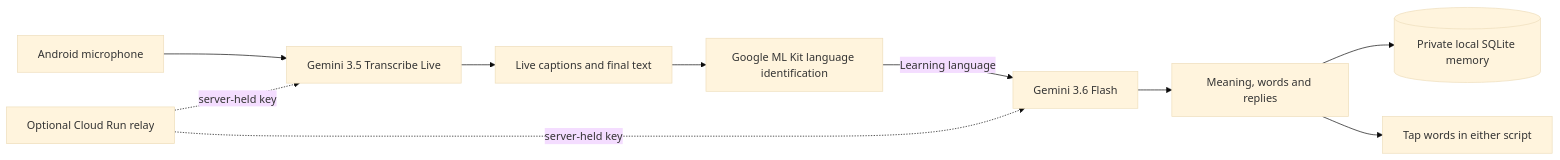
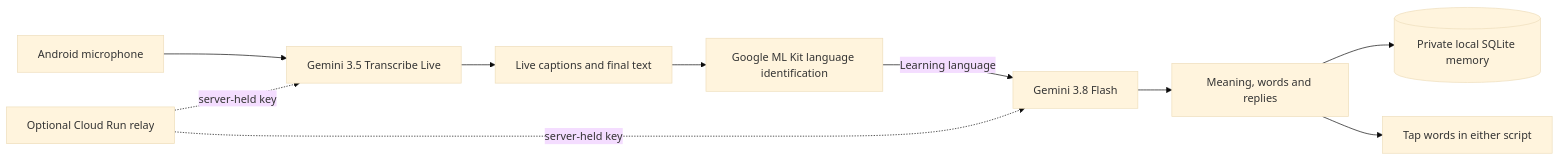
Before and after one commit to U4AR/LingoLive: the diagram in README.md, drawn with Mermaid (base theme). The commit also changed other lines of this file and 41 other files, not shown here.

````diff
--- a/README.md
+++ b/README.md
@@ -297,12 +314,12 @@
 ```mermaid
 flowchart LR
   Mic[Android microphone] --> Transcribe[Gemini 3.5 Transcribe Live]
   Transcribe --> Captions[Live captions and final text]
   Captions --> ID[Google ML Kit language identification]
-  ID -->|Learning language| Flash[Gemini 3.6 Flash]
+  ID -->|Learning language| Flash[Gemini 3.8 Flash]
   Flash --> Lesson[Meaning, words and replies]
   Lesson --> Local[(Private local SQLite memory)]
   Lesson --> Words[Tap words in either script]
   Run[Optional Cloud Run relay] -. server-held key .-> Transcribe
   Run -. server-held key .-> Flash
 ```
````
